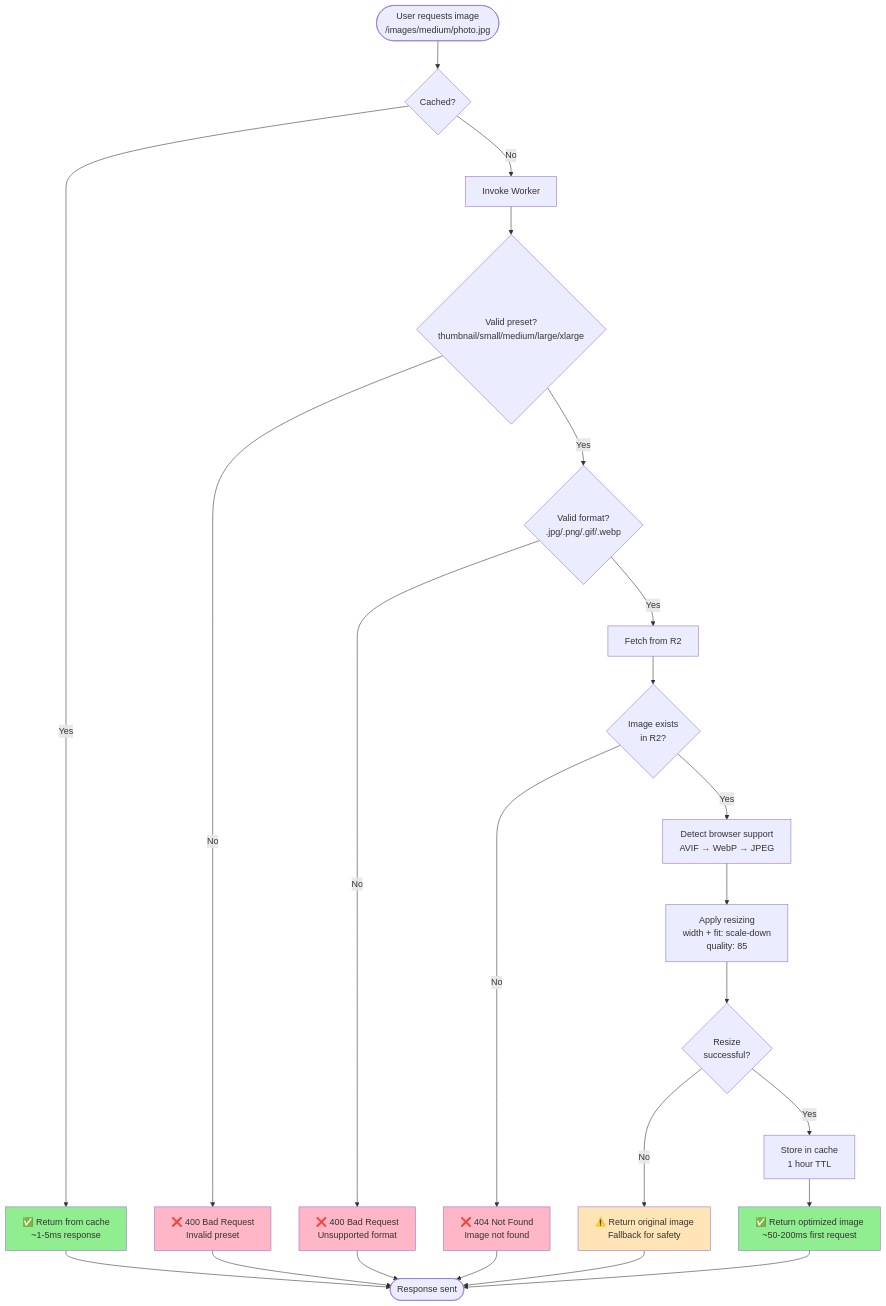
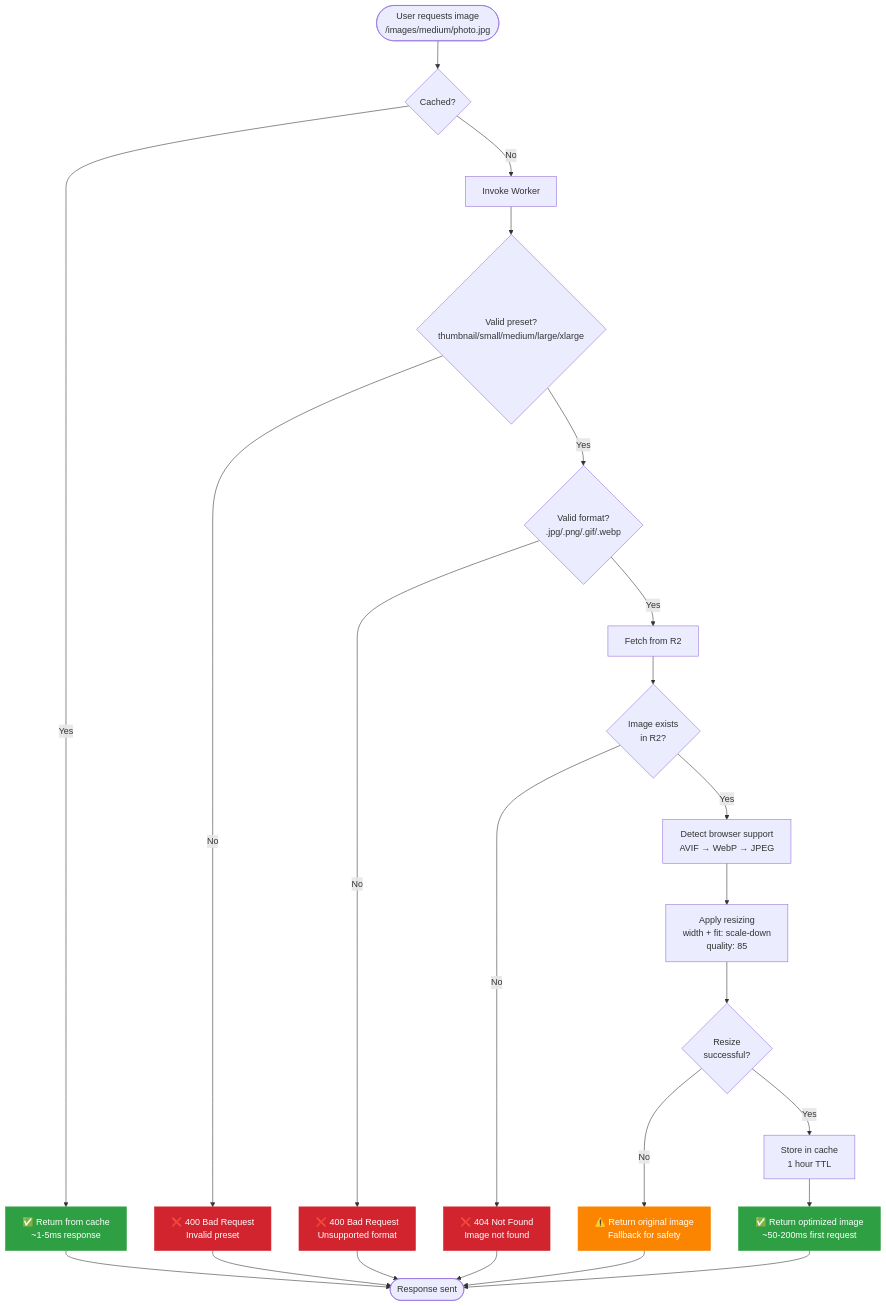
One commit to gergo-dryrun/cloudflare-templates changed the second of 2 diagrams in image-resizing-r2-template/README.md. Above: the diagram before and after it, drawn with Mermaid.

Commit message:
fix: update README with improved mermaid styles

````diff
--- a/image-resizing-r2-template/README.md
+++ b/image-resizing-r2-template/README.md
@@ -76,43 +76,43 @@
 ```mermaid
 flowchart TD
     Start([User requests image<br/>/images/medium/photo.jpg]) --> CheckCache{Cached?}
     
     CheckCache -->|Yes| ReturnCached[✅ Return from cache<br/>~1-5ms response]
     CheckCache -->|No| InvokeWorker[Invoke Worker]
     
     InvokeWorker --> ValidatePreset{Valid preset?<br/>thumbnail/small/medium/large/xlarge}
     
     ValidatePreset -->|No| Error400A[❌ 400 Bad Request<br/>Invalid preset]
     ValidatePreset -->|Yes| ValidateFormat{Valid format?<br/>.jpg/.png/.gif/.webp}
     
     ValidateFormat -->|No| Error400B[❌ 400 Bad Request<br/>Unsupported format]
     ValidateFormat -->|Yes| FetchR2[Fetch from R2]
     
     FetchR2 --> ImageExists{Image exists<br/>in R2?}
     
     ImageExists -->|No| Error404[❌ 404 Not Found<br/>Image not found]
     ImageExists -->|Yes| DetectFormat[Detect browser support<br/>AVIF → WebP → JPEG]
     
     DetectFormat --> ApplyResize[Apply resizing<br/>width + fit: scale-down<br/>quality: 85]
     
     ApplyResize --> ResizeSuccess{Resize<br/>successful?}
     
     ResizeSuccess -->|No| Fallback[⚠️ Return original image<br/>Fallback for safety]
     ResizeSuccess -->|Yes| StoreCache[Store in cache<br/>1 hour TTL]
     
     StoreCache --> ReturnOptimized[✅ Return optimized image<br/>~50-200ms first request]
     
     Fallback --> End([Response sent])
     ReturnOptimized --> End
     ReturnCached --> End
     Error400A --> End
     Error400B --> End
     Error404 --> End
     
-    style ReturnCached fill:#90EE90
-    style ReturnOptimized fill:#90EE90
-    style Fallback fill:#FFE4B5
-    style Error400A fill:#FFB6C6
-    style Error400B fill:#FFB6C6
-    style Error404 fill:#FFB6C6
+    style ReturnCached fill:#2ea043,stroke:#2ea043,color:#fff
+    style ReturnOptimized fill:#2ea043,stroke:#2ea043,color:#fff
+    style Fallback fill:#fb8500,stroke:#fb8500,color:#fff
+    style Error400A fill:#d1242f,stroke:#d1242f,color:#fff
+    style Error400B fill:#d1242f,stroke:#d1242f,color:#fff
+    style Error404 fill:#d1242f,stroke:#d1242f,color:#fff
 ```
````
